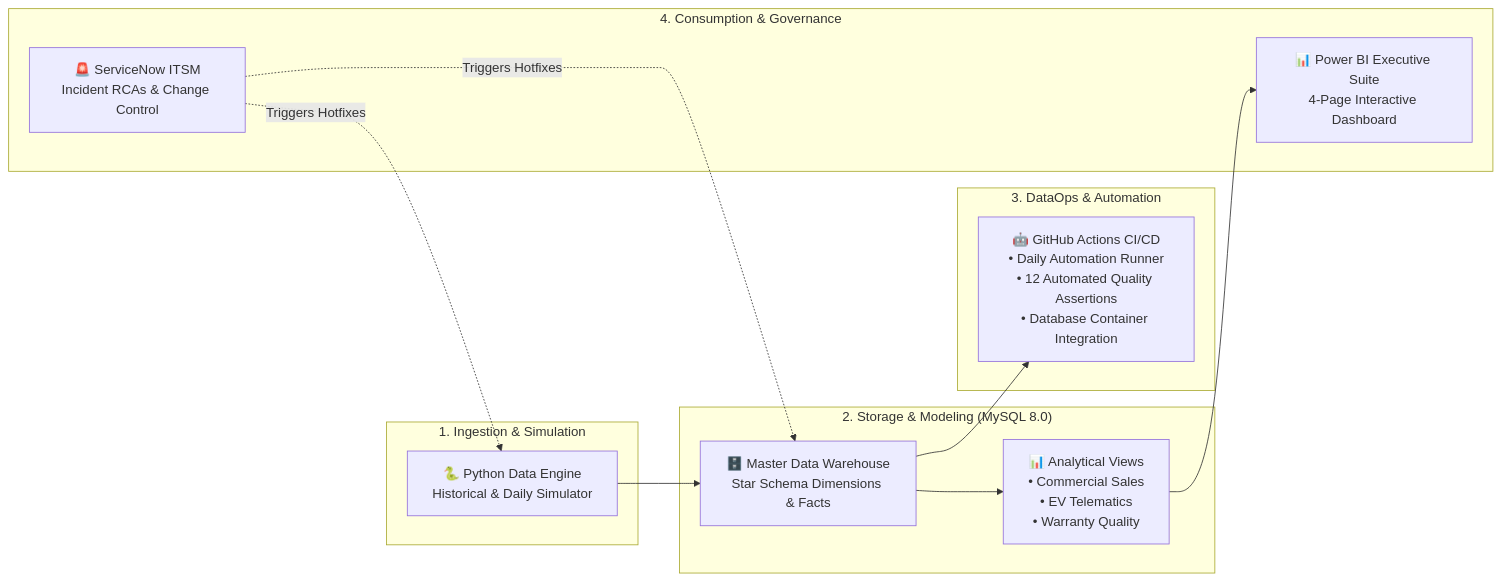
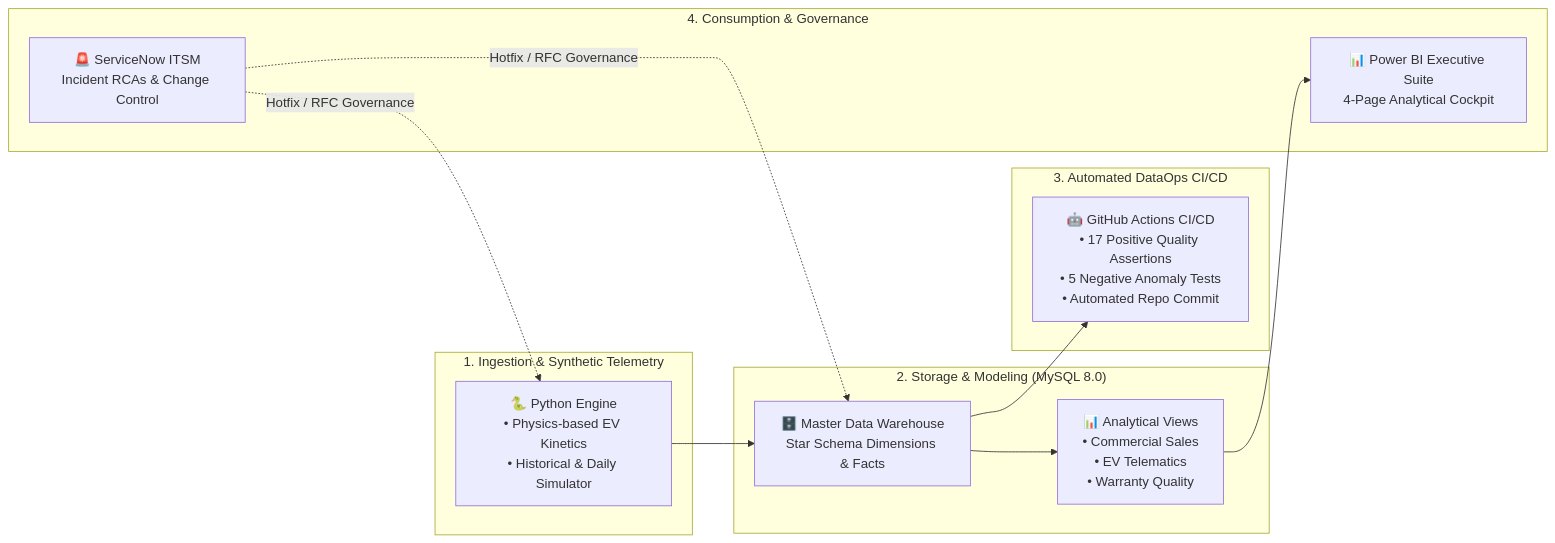
One commit to TejalGB/automotive-operations-intelligence changed the diagram in README.md. Above: the diagram before and after it, drawn with Mermaid. The commit also changed other lines of this file and 13 other files, not shown here.

Commit message:
Elevate AutoOps 360: Standardize EUR currency, add negative testing harness, and update defensible analytical findings

````diff
--- a/README.md
+++ b/README.md
@@ -30,24 +31,24 @@
 ```mermaid
 flowchart LR
-    subgraph "1. Ingestion & Simulation"
-        A["🐍 Python Data Engine<br/>Historical & Daily Simulator"]
+    subgraph "1. Ingestion & Synthetic Telemetry"
+        A["🐍 Python Engine<br/>• Physics-based EV Kinetics<br/>• Historical & Daily Simulator"]
     end
 
     subgraph "2. Storage & Modeling (MySQL 8.0)"
         B["🗄️ Master Data Warehouse<br/>Star Schema Dimensions & Facts"]
         C["📊 Analytical Views<br/>• Commercial Sales<br/>• EV Telematics<br/>• Warranty Quality"]
     end
 
-    subgraph "3. DataOps & Automation"
-        D["🤖 GitHub Actions CI/CD<br/>• Daily Automation Runner<br/>• 12 Automated Quality Assertions<br/>• Database Container Integration"]
+    subgraph "3. Automated DataOps CI/CD"
+        D["🤖 GitHub Actions CI/CD<br/>• 17 Positive Quality Assertions<br/>• 5 Negative Anomaly Tests<br/>• Automated Repo Commit"]
     end
 
     subgraph "4. Consumption & Governance"
-        E["📊 Power BI Executive Suite<br/>4-Page Interactive Dashboard"]
+        E["📊 Power BI Executive Suite<br/>4-Page Analytical Cockpit"]
         F["🚨 ServiceNow ITSM<br/>Incident RCAs & Change Control"]
     end
 
     A --> B --> C --> E
     B --> D
-    F -.->|Triggers Hotfixes| A & B
+    F -.->|Hotfix / RFC Governance| A & B
 ```
````
